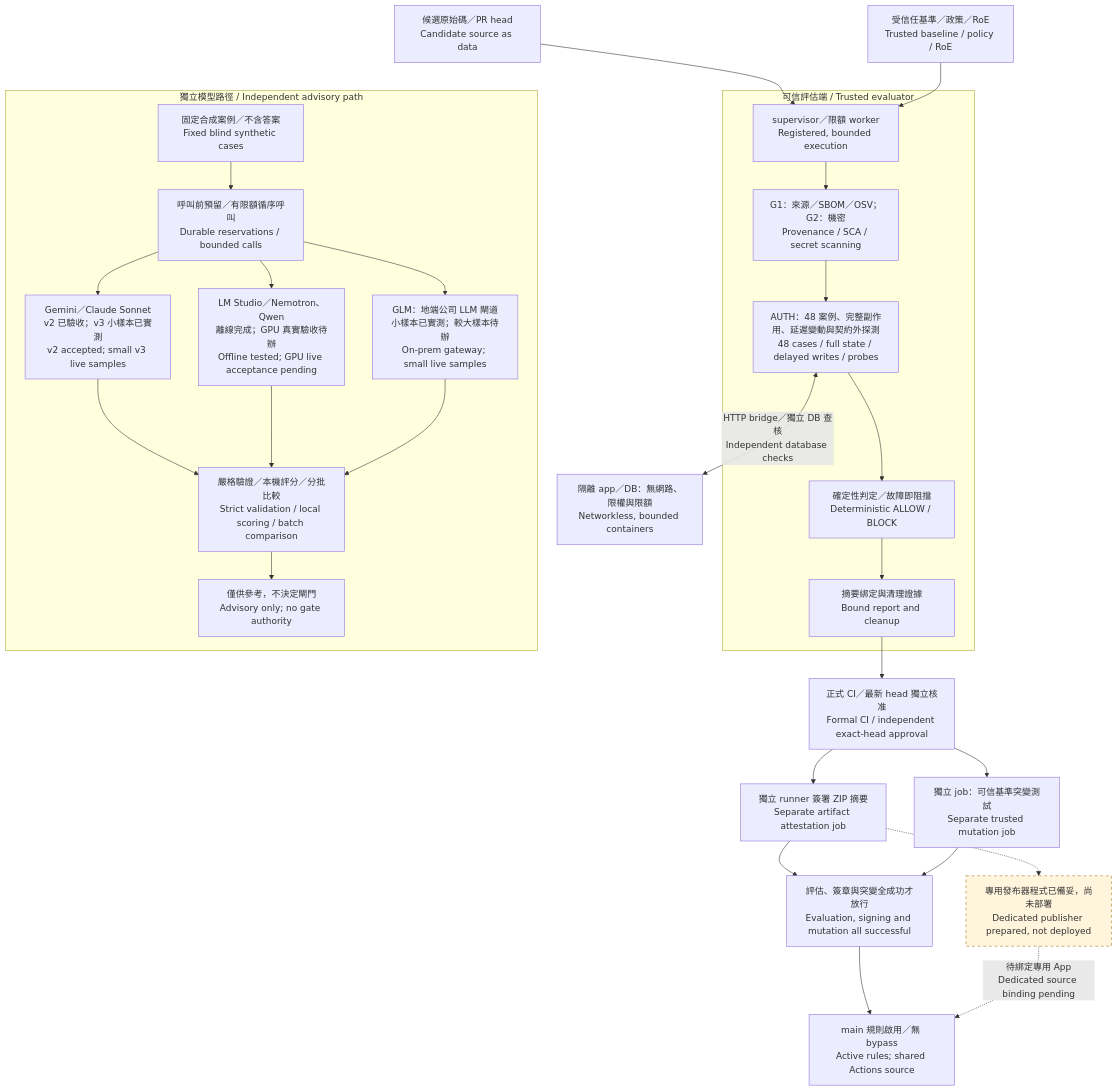
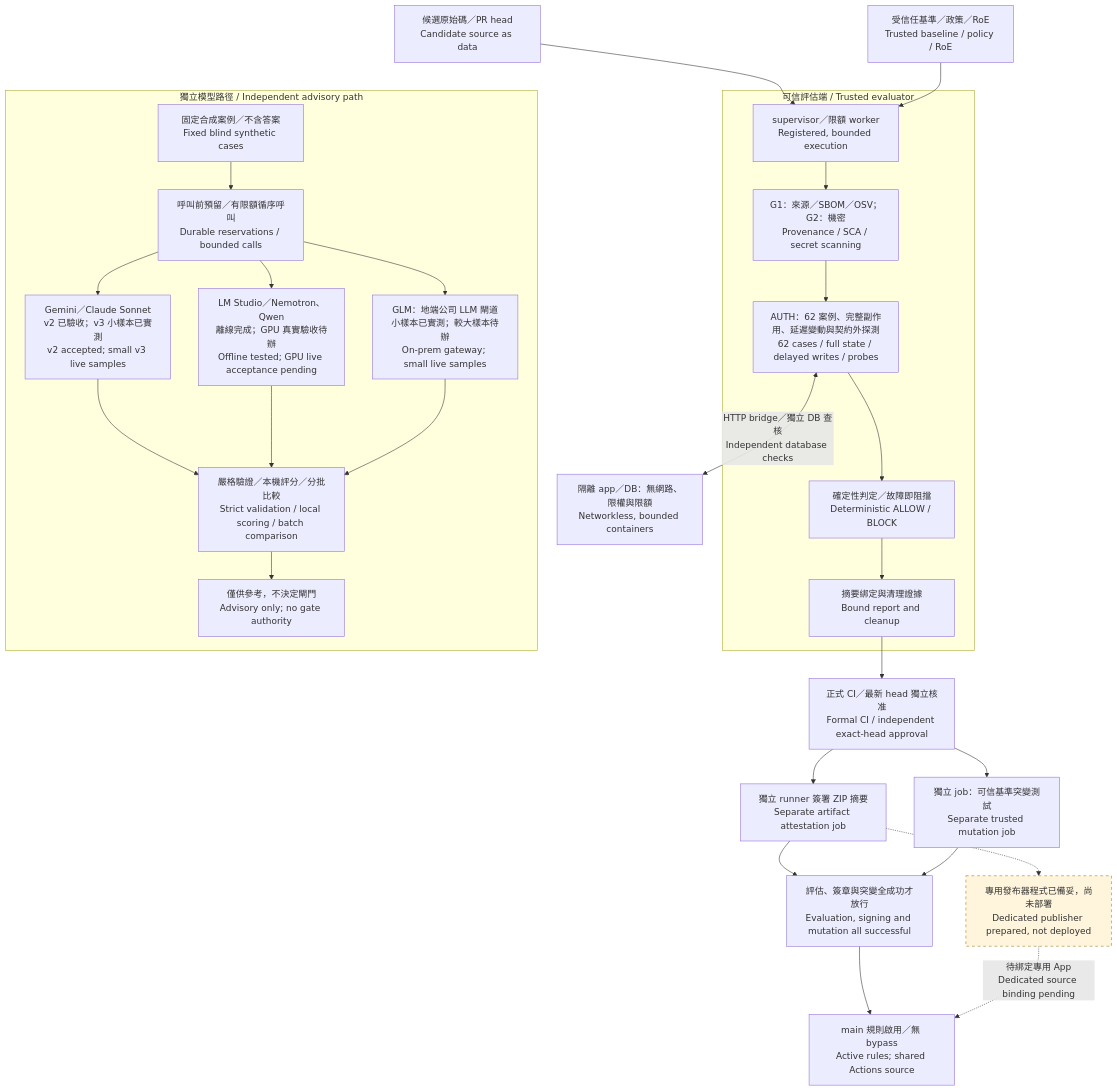
Before and after one commit to chinchiang/MultiAgentEpsilon: the diagram in docs/diagrams/architecture-overview.mmd, drawn with Mermaid. The commit also changed 5 other files, not shown here.

Commit message:
docs: sync README, milestone status, and diagrams to 62 AUTH cases (bbaecc5)

```diff
--- a/docs/diagrams/architecture-overview.mmd
+++ b/docs/diagrams/architecture-overview.mmd
@@ -1,31 +1,31 @@
 flowchart TB
     Source["候選原始碼／PR head<br/>Candidate source as data"] --> Run
     Trust["受信任基準／政策／RoE<br/>Trusted baseline / policy / RoE"] --> Run
     subgraph Evaluator["可信評估端 / Trusted evaluator"]
         Run["supervisor／限額 worker<br/>Registered, bounded execution"] --> Scan["G1：來源／SBOM／OSV；G2：機密<br/>Provenance / SCA / secret scanning"]
-        Scan --> Oracle["AUTH：48 案例、完整副作用、延遲變動與契約外探測<br/>48 cases / full state / delayed writes / probes"]
+        Scan --> Oracle["AUTH：62 案例、完整副作用、延遲變動與契約外探測<br/>62 cases / full state / delayed writes / probes"]
         Oracle --> Decision["確定性判定／故障即阻擋<br/>Deterministic ALLOW / BLOCK"]
         Decision --> Report["摘要綁定與清理證據<br/>Bound report and cleanup"]
     end
     Oracle <-->|"HTTP bridge／獨立 DB 查核<br/>Independent database checks"| Isolation["隔離 app／DB：無網路、限權與限額<br/>Networkless, bounded containers"]
     subgraph Models["獨立模型路徑 / Independent advisory path"]
         Cases["固定合成案例／不含答案<br/>Fixed blind synthetic cases"] --> Gateway["呼叫前預留／有限額循序呼叫<br/>Durable reservations / bounded calls"]
         Gateway --> Cloud["Gemini／Claude Sonnet<br/>v2 已驗收；v3 小樣本已實測<br/>v2 accepted; small v3 live samples"]
         Gateway --> Local["LM Studio／Nemotron、Qwen<br/>離線完成；GPU 真實驗收待辦<br/>Offline tested; GPU live acceptance pending"]
         Gateway --> GLM["GLM：地端公司 LLM 閘道<br/>小樣本已實測；較大樣本待辦<br/>On-prem gateway; small live samples"]
         Cloud --> Score["嚴格驗證／本機評分／分批比較<br/>Strict validation / local scoring / batch comparison"]
         Local --> Score
         GLM --> Score
         Score --> Advisory["僅供參考，不決定閘門<br/>Advisory only; no gate authority"]
     end
     Source ~~~ Cases
     Report --> CI["正式 CI／最新 head 獨立核准<br/>Formal CI / independent exact-head approval"]
     CI --> Signed["獨立 runner 簽署 ZIP 摘要<br/>Separate artifact attestation job"]
     CI --> Mutation["獨立 job：可信基準突變測試<br/>Separate trusted mutation job"]
     Signed --> Final["評估、簽章與突變全成功才放行<br/>Evaluation, signing and mutation all successful"]
     Mutation --> Final
     Final --> Rules["main 規則啟用／無 bypass<br/>Active rules; shared Actions source"]
     Signed -.-> Publisher["專用發布器程式已備妥，尚未部署<br/>Dedicated publisher prepared, not deployed"]
     Publisher -.->|"待綁定專用 App<br/>Dedicated source binding pending"| Rules
     classDef pending fill:#fff4dc,stroke:#a67822,stroke-dasharray:5 5;
     class Publisher pending;
```
